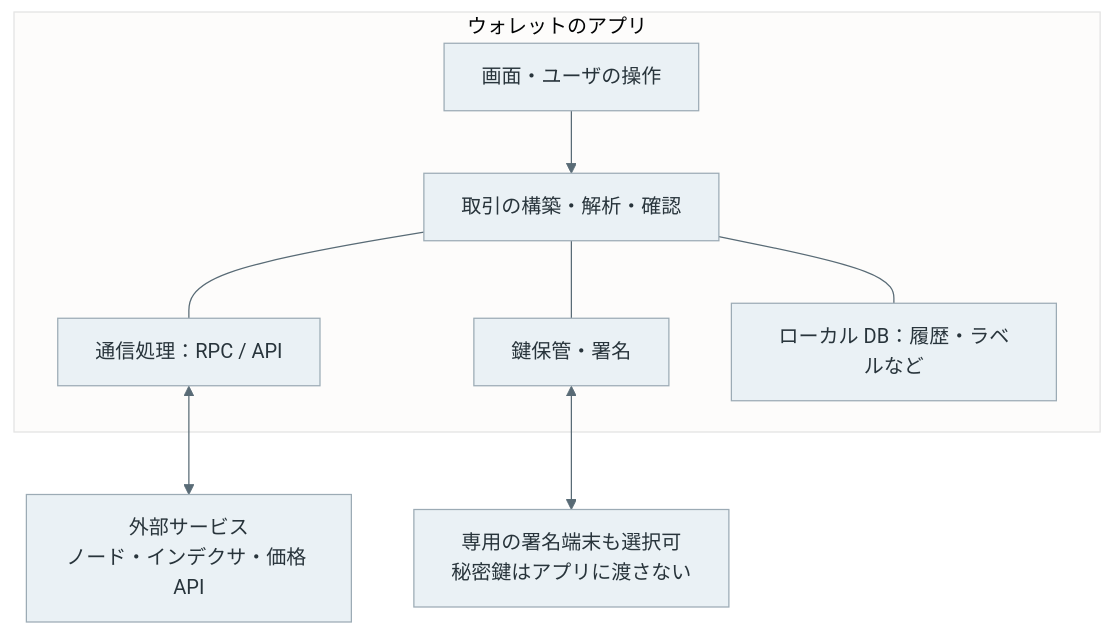
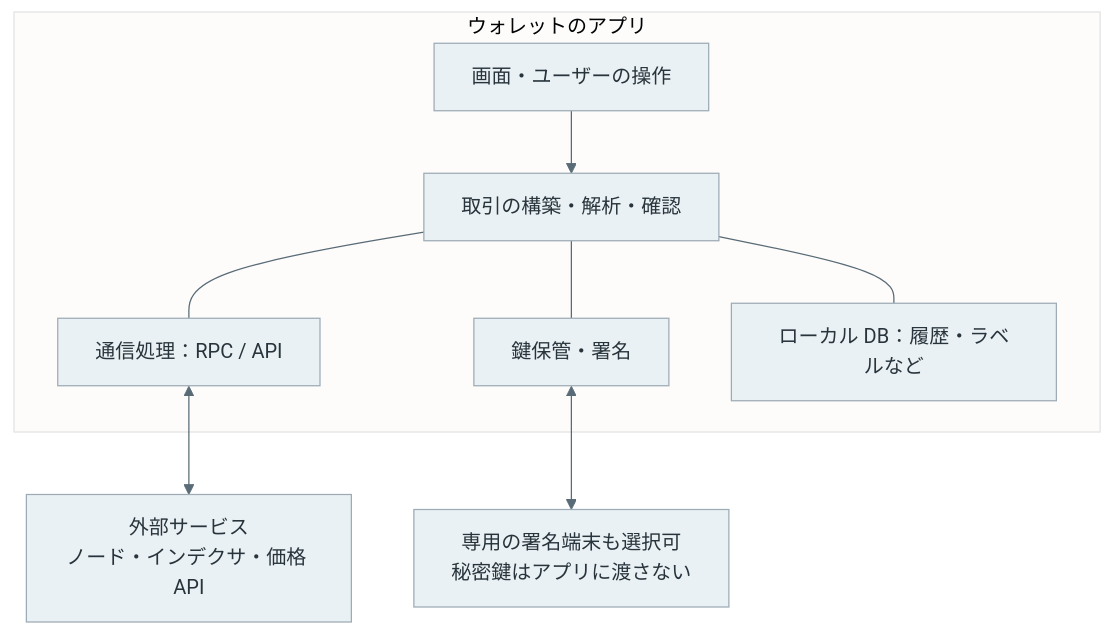
Before and after one commit to nao1215/debimate: the tenth of 14 diagrams in content/notes/blockchain-systems/wallet/index.md, drawn with Mermaid. The commit also changed other lines of this file and 27 other files, not shown here.

````diff
--- a/content/notes/blockchain-systems/wallet/index.md
+++ b/content/notes/blockchain-systems/wallet/index.md
@@ -515,14 +515,14 @@
 ```mermaid
 %%{init: {"theme":"base","themeVariables":{"primaryColor":"#eaf1f5","primaryTextColor":"#28343b","primaryBorderColor":"#9cabb5","lineColor":"#596b76","textColor":"#28343b","actorBkg":"#eaf1f5","actorBorder":"#9cabb5","actorTextColor":"#28343b","actorLineColor":"#9cabb5","signalColor":"#596b76","signalTextColor":"#28343b","noteBkgColor":"#f7f1e5","noteBorderColor":"#c5b99b","noteTextColor":"#403c32","activationBkgColor":"#edf3ef","activationBorderColor":"#9aafa1"}}}%%
 flowchart TB
     subgraph W["ウォレットのアプリ"]
-        U["画面・ユーザの操作"] --> T["取引の構築・解析・確認"]
+        U["画面・ユーザーの操作"] --> T["取引の構築・解析・確認"]
         T --- R["通信処理：RPC / API"]
         T --- K["鍵保管・署名"]
         T --- D["ローカル DB：履歴・ラベルなど"]
     end
     R <--> N["外部サービス<br/>ノード・インデクサ・価格 API"]
     K <--> H["専用の署名端末も選択可<br/>秘密鍵はアプリに渡さない"]
     classDef default fill:#eaf1f5,stroke:#9cabb5,color:#28343b;
     classDef note fill:#f7f1e5,stroke:#c5b99b,color:#403c32;
 ```
````
